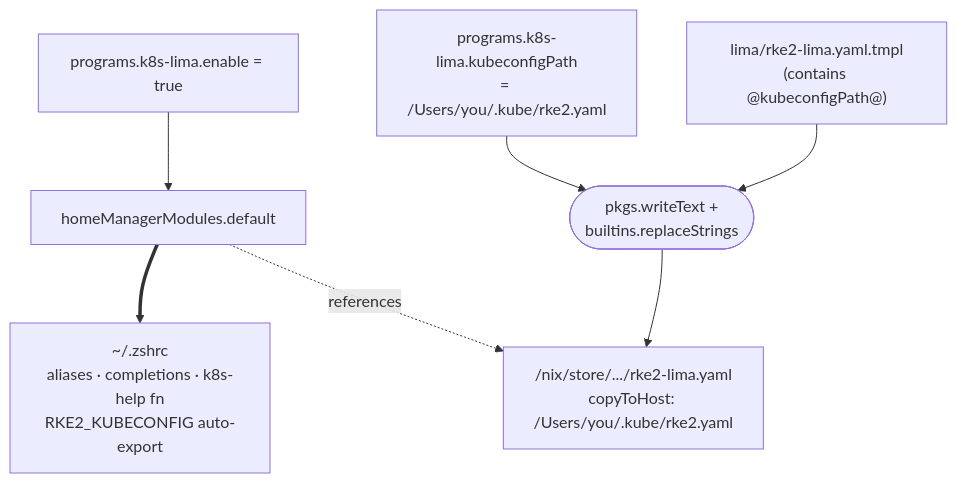
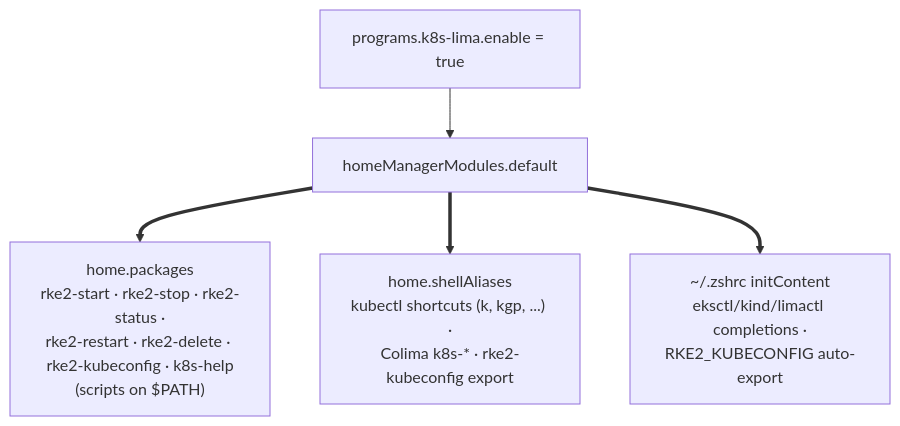
Before and after one commit to jsandov/nix-k8s-lima: the fourth of 6 diagrams in README.md, drawn with Mermaid. The commit also changed other lines of this file, not shown here.

````diff
--- a/README.md
+++ b/README.md
@@ -48,12 +63,7 @@
 ```mermaid
 flowchart TB
     EN["programs.k8s-lima.enable = true"] --> HM["homeManagerModules.default"]
-    HM ==> ZSH["~/.zshrc<br/>aliases · completions · k8s-help fn<br/>RKE2_KUBECONFIG auto-export"]
-
-    KCP["programs.k8s-lima.kubeconfigPath<br/>= /Users/you/.kube/rke2.yaml"]
-    TPL["lima/rke2-lima.yaml.tmpl<br/>(contains @kubeconfigPath@)"]
-    KCP --> SUB
-    TPL --> SUB(["pkgs.writeText +<br/>builtins.replaceStrings"])
-    SUB --> YML["/nix/store/.../rke2-lima.yaml<br/>copyToHost: /Users/you/.kube/rke2.yaml"]
-    HM -. references .-> YML
+    HM ==> PATH["home.packages<br/>rke2-start · rke2-stop · rke2-status ·<br/>rke2-restart · rke2-delete · rke2-kubeconfig · k8s-help<br/>(scripts on $PATH)"]
+    HM ==> ALI["home.shellAliases<br/>kubectl shortcuts (k, kgp, ...) ·<br/>Colima k8s-* · rke2-kubeconfig export"]
+    HM ==> COMP["~/.zshrc initContent<br/>eksctl/kind/limactl completions ·<br/>RKE2_KUBECONFIG auto-export"]
 ```
````
